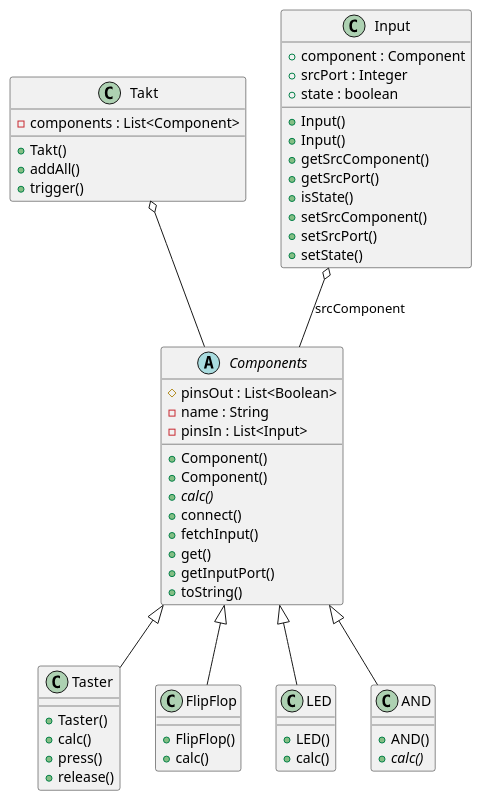
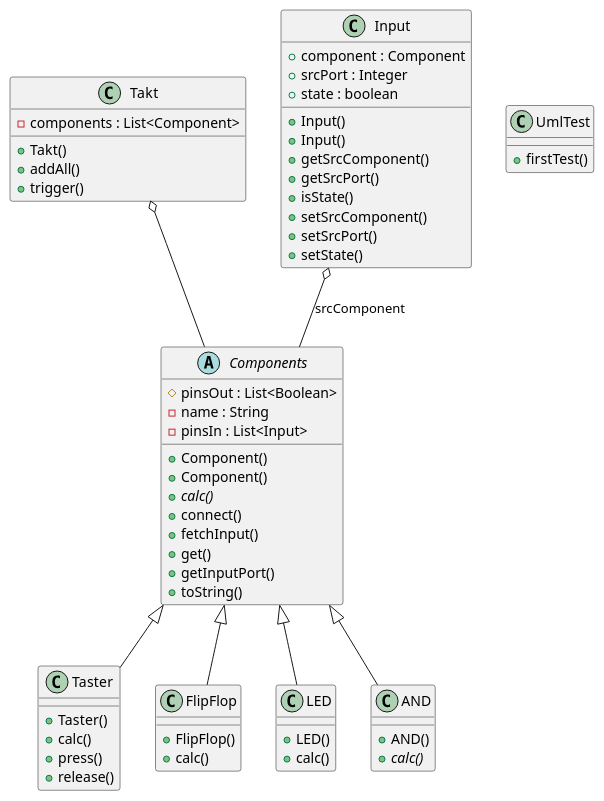
One commit to Ali8105/sew5_sem1 changed the diagram in src/Klassen_UML.puml. Above: the diagram before and after it, drawn with PlantUML.

```diff
--- a/src/Klassen_UML.puml
+++ b/src/Klassen_UML.puml
@@ -1,68 +1,72 @@
 @startuml
 
 abstract class Components {
         # pinsOut : List<Boolean>
         - name : String
         - pinsIn : List<Input>
         + Component()
         + Component()
         {abstract} + calc()
         + connect()
         + fetchInput()
         + get()
         + getInputPort()
         + toString()
     }
 
 class Takt {
   - components : List<Component>
   + Takt()
   + addAll()
   + trigger()
 }
 
 class Taster {
     + Taster()
     + calc()
     + press()
     + release()
 }
 
 class FlipFlop {
     + FlipFlop()
     + calc()
 }
 
 
 class LED {
   + LED()
   + calc()
 }
 
+class UmlTest {
+    + firstTest()
+}
+
  class Input {
         + component : Component
         + srcPort : Integer
         + state : boolean
         + Input()
         + Input()
         + getSrcComponent()
         + getSrcPort()
         + isState()
         + setSrcComponent()
         + setSrcPort()
         + setState()
     }
 
 class AND{
  + AND()
  + {abstract} calc()
 }
 
 Components <|-- FlipFlop
 Components <|-- AND
 Components <|-- LED
 Components <|-- Taster
 Input o-- Components : srcComponent
 Takt o-- Components
 
 @enduml
```
